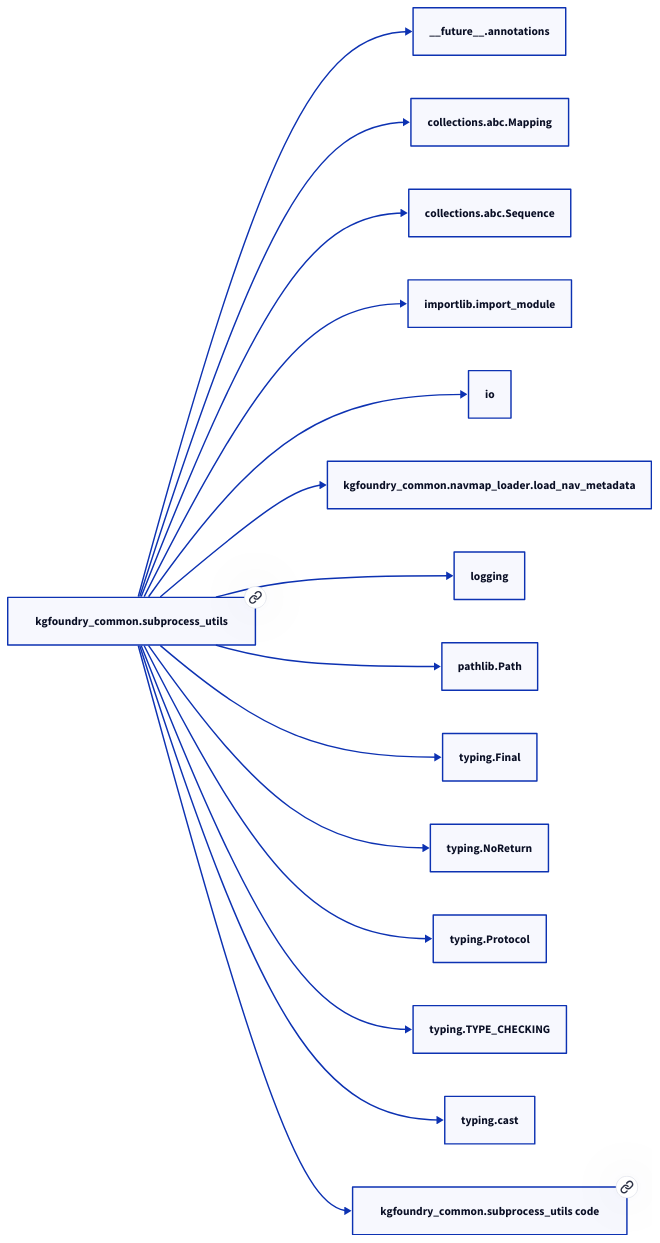
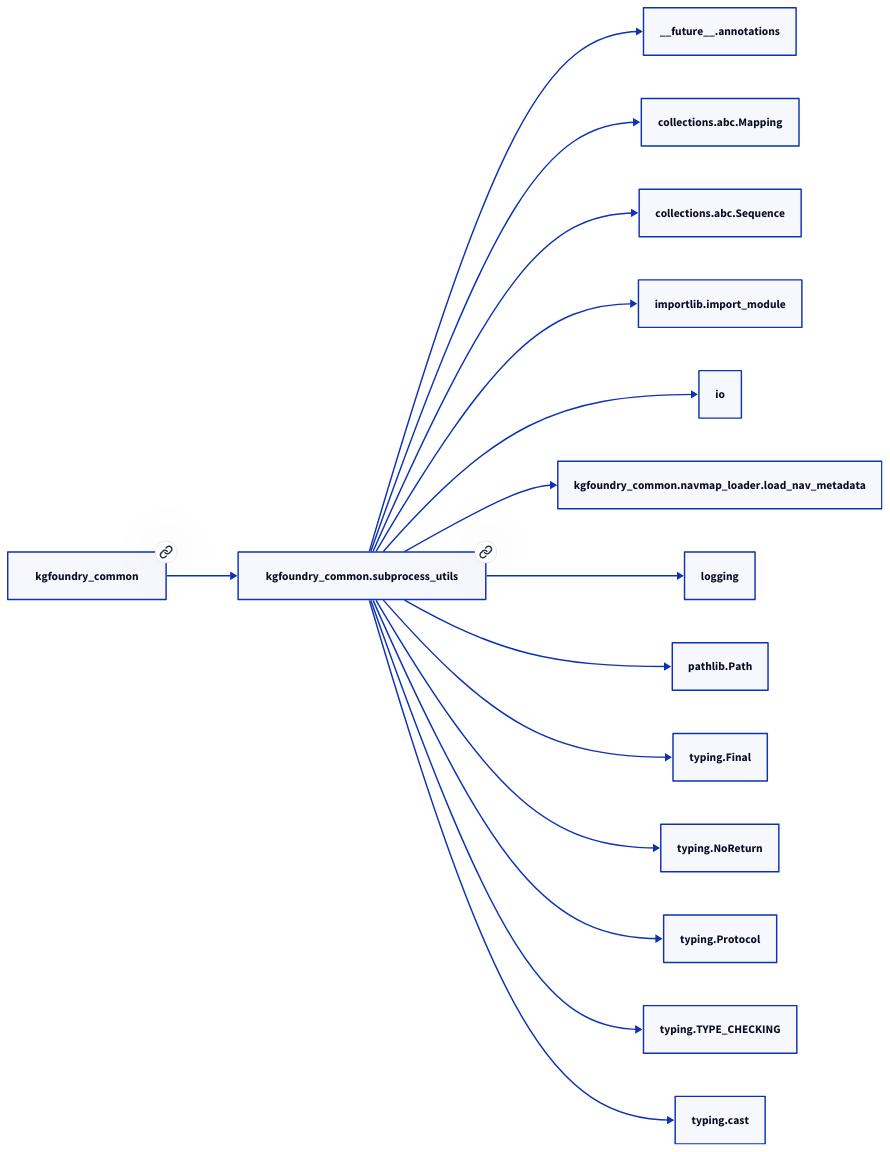
Before and after one commit to paul-heyse/kgforge: the second of 2 diagrams in docs/modules/kgfoundry_common/subprocess_utils.md, drawn with D2. The commit also changed other lines of this file and 208 other files, not shown here.

````diff
--- a/docs/modules/kgfoundry_common/subprocess_utils.md
+++ b/docs/modules/kgfoundry_common/subprocess_utils.md
@@ -161,32 +165,32 @@
 ```d2
 direction: right
-"kgfoundry_common.subprocess_utils": "kgfoundry_common.subprocess_utils" { link: "./kgfoundry_common/subprocess_utils.md" }
+"kgfoundry_common.subprocess_utils": "kgfoundry_common.subprocess_utils" { link: "https://github.com/paul-heyse/kgfoundry/blob/main/src/kgfoundry_common/subprocess_utils.py" }
 "__future__.annotations": "__future__.annotations"
 "kgfoundry_common.subprocess_utils" -> "__future__.annotations"
 "collections.abc.Mapping": "collections.abc.Mapping"
 "kgfoundry_common.subprocess_utils" -> "collections.abc.Mapping"
 "collections.abc.Sequence": "collections.abc.Sequence"
 "kgfoundry_common.subprocess_utils" -> "collections.abc.Sequence"
 "importlib.import_module": "importlib.import_module"
 "kgfoundry_common.subprocess_utils" -> "importlib.import_module"
 "io": "io"
 "kgfoundry_common.subprocess_utils" -> "io"
 "kgfoundry_common.navmap_loader.load_nav_metadata": "kgfoundry_common.navmap_loader.load_nav_metadata"
 "kgfoundry_common.subprocess_utils" -> "kgfoundry_common.navmap_loader.load_nav_metadata"
 "logging": "logging"
 "kgfoundry_common.subprocess_utils" -> "logging"
 "pathlib.Path": "pathlib.Path"
 "kgfoundry_common.subprocess_utils" -> "pathlib.Path"
 "typing.Final": "typing.Final"
 "kgfoundry_common.subprocess_utils" -> "typing.Final"
 "typing.NoReturn": "typing.NoReturn"
 "kgfoundry_common.subprocess_utils" -> "typing.NoReturn"
 "typing.Protocol": "typing.Protocol"
 "kgfoundry_common.subprocess_utils" -> "typing.Protocol"
 "typing.TYPE_CHECKING": "typing.TYPE_CHECKING"
 "kgfoundry_common.subprocess_utils" -> "typing.TYPE_CHECKING"
 "typing.cast": "typing.cast"
 "kgfoundry_common.subprocess_utils" -> "typing.cast"
-"kgfoundry_common.subprocess_utils_code": "kgfoundry_common.subprocess_utils code" { link: "https://github.com/kgfoundry/kgfoundry/blob/main/src/kgfoundry_common/subprocess_utils.py" }
-"kgfoundry_common.subprocess_utils" -> "kgfoundry_common.subprocess_utils_code" { style: dashed }
+"kgfoundry_common": "kgfoundry_common" { link: "https://github.com/paul-heyse/kgfoundry/blob/main/src/kgfoundry_common/__init__.py" }
+"kgfoundry_common" -> "kgfoundry_common.subprocess_utils" { style: dashed }
 ```
````
